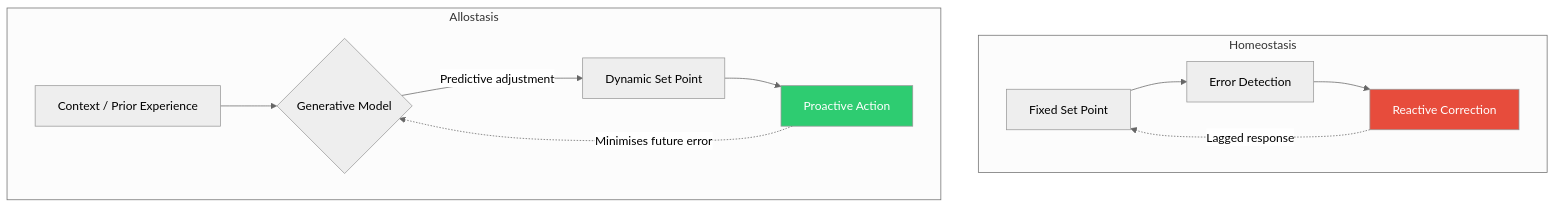
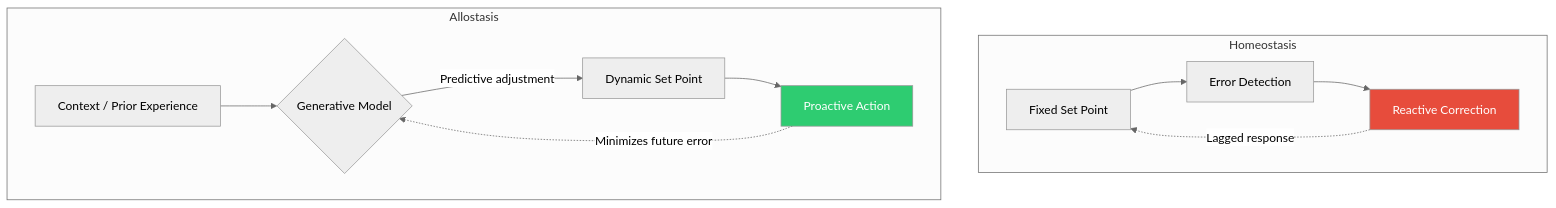
One commit to docxology/biology_textbook changed the fourth of 4 diagrams in manuscript/unit_0/active_inference.md. Above: the diagram before and after it, drawn with Mermaid (neutral theme). The commit also changed other lines of this file and 247 other files, not shown here.

````diff
--- a/manuscript/unit_0/active_inference.md
+++ b/manuscript/unit_0/active_inference.md
@@ -276,18 +277,18 @@
 ```mermaid
 graph TD
     subgraph Homeostasis
         H1["Fixed Set Point"] --> H2["Error Detection"]
         H2 --> H3["Reactive Correction"]
         H3 -.->|"Lagged response"| H1
     end
 
     subgraph Allostasis
         A1["Context / Prior Experience"] --> A2{"Generative Model"}
         A2 -->|"Predictive adjustment"| A3["Dynamic Set Point"]
         A3 --> A4["Proactive Action"]
-        A4 -.->|"Minimises future error"| A2
+        A4 -.->|"Minimizes future error"| A2
     end
 
     style H3 fill:#e74c3c,color:#fff
     style A4 fill:#2ecc71,color:#fff
 ```
````
